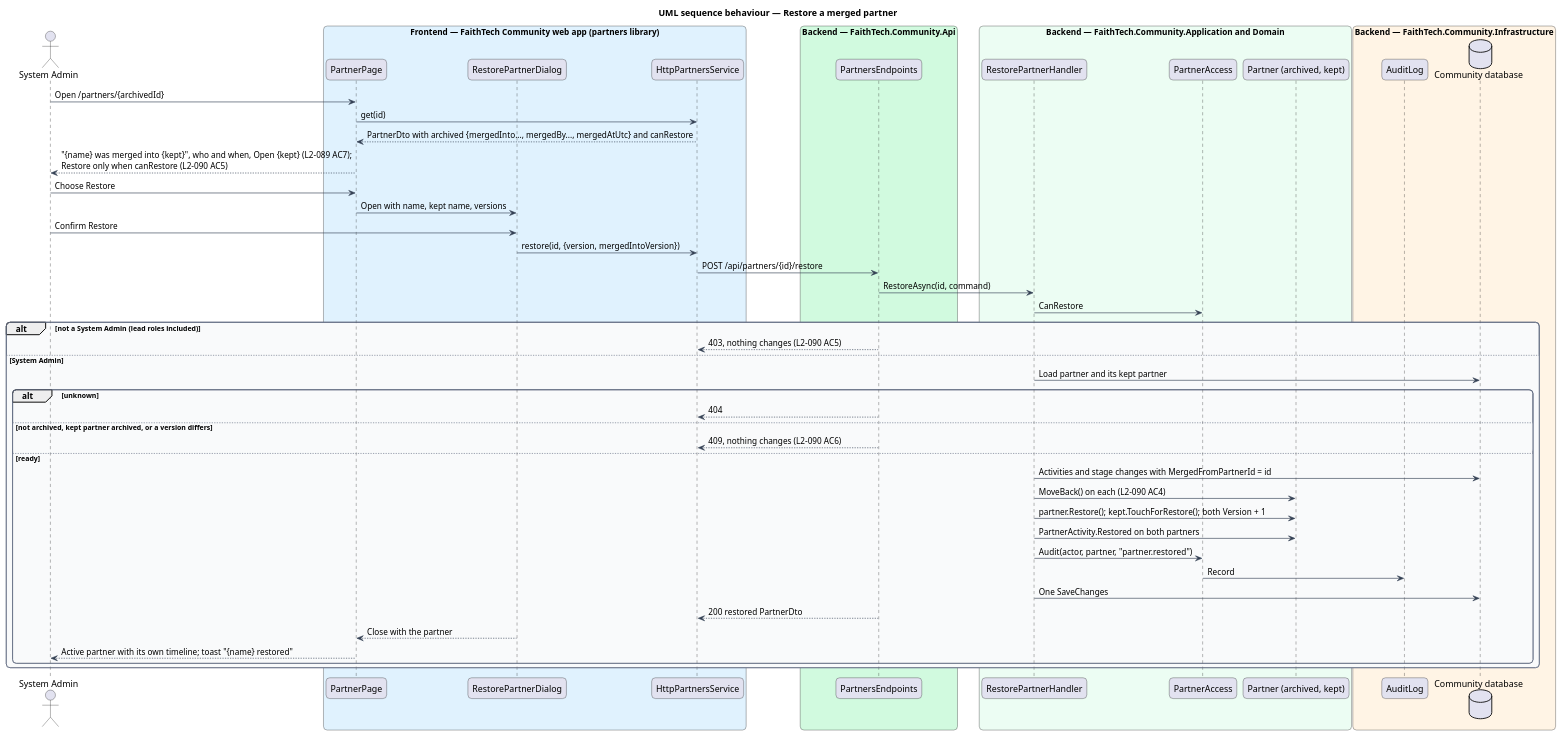
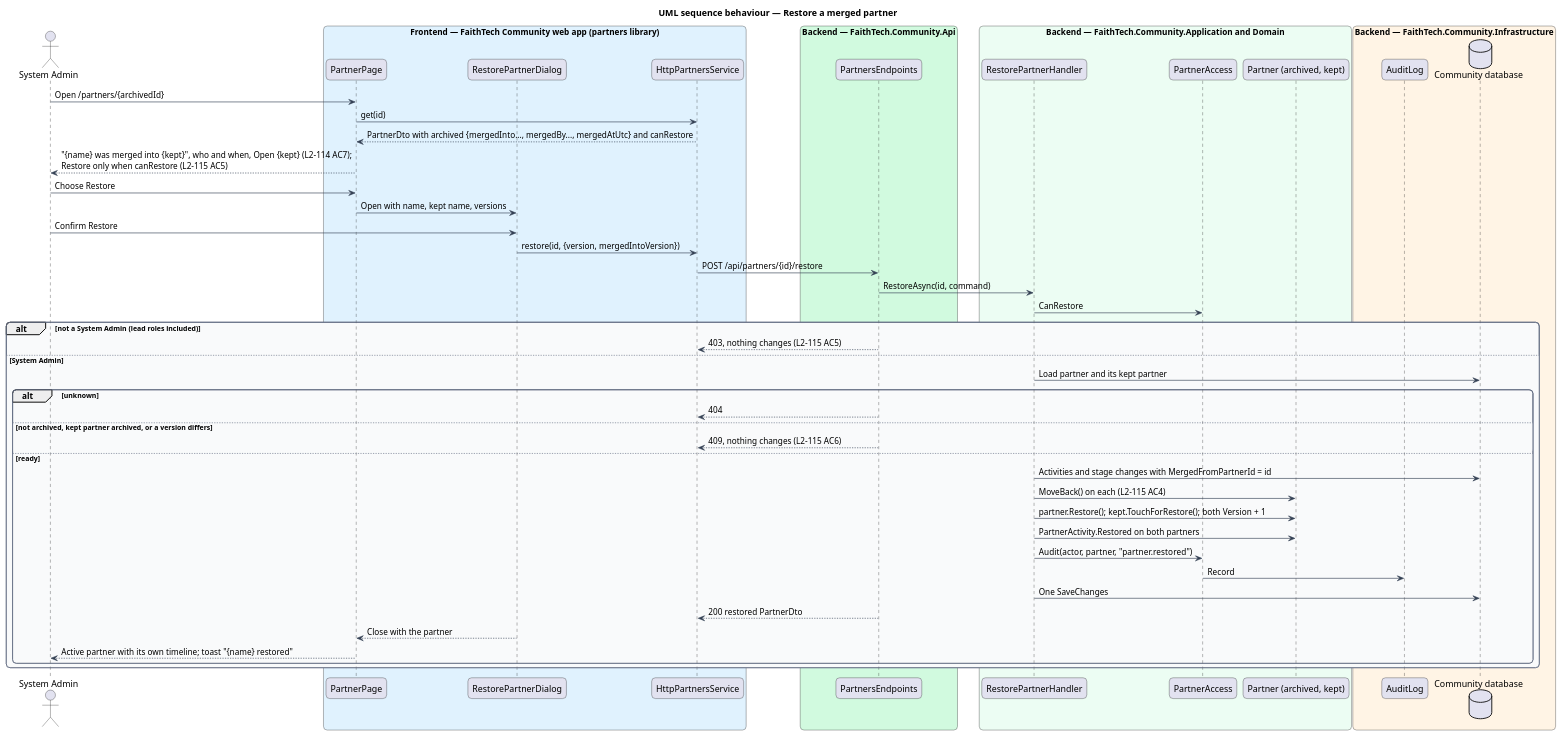
The diagram in docs/detailed-designs/partners/duplicate-detection-and-merge/diagrams/sequence-restore-partner.puml (QuinntyneBrown/faithtech-community), drawn with PlantUML before and after one commit. The commit also changed 243 other files, not shown here.

```diff
--- a/docs/detailed-designs/partners/duplicate-detection-and-merge/diagrams/sequence-restore-partner.puml
+++ b/docs/detailed-designs/partners/duplicate-detection-and-merge/diagrams/sequence-restore-partner.puml
@@ -1,67 +1,67 @@
 @startuml
 title UML sequence behaviour — Restore a merged partner
 skinparam backgroundColor #FFFFFF
 skinparam shadowing false
 skinparam roundcorner 12
 skinparam defaultFontName Arial
 skinparam ArrowColor #344054
 skinparam rectangle {
   BorderColor #344054
   FontColor #101828
 }
 skinparam package {
   BorderColor #667085
   FontColor #101828
   BackgroundColor #F9FAFB
 }
 actor "System Admin" as actor
 box "Frontend — FaithTech Community web app (partners library)" #E0F2FE
   participant "PartnerPage" as page
   participant "RestorePartnerDialog" as dlg
   participant "HttpPartnersService" as svc
 end box
 box "Backend — FaithTech.Community.Api" #D1FADF
   participant "PartnersEndpoints" as ep
 end box
 box "Backend — FaithTech.Community.Application and Domain" #ECFDF3
   participant "RestorePartnerHandler" as h
   participant "PartnerAccess" as acc
   participant "Partner (archived, kept)" as ent
 end box
 box "Backend — FaithTech.Community.Infrastructure" #FFF4E5
   participant "AuditLog" as audit
   database "Community database" as db
 end box
 actor -> page : Open /partners/{archivedId}
 page -> svc : get(id)
 svc --> page : PartnerDto with archived {mergedInto..., mergedBy..., mergedAtUtc} and canRestore
-page --> actor : "{name} was merged into {kept}", who and when, Open {kept} (L2-089 AC7);\nRestore only when canRestore (L2-090 AC5)
+page --> actor : "{name} was merged into {kept}", who and when, Open {kept} (L2-114 AC7);\nRestore only when canRestore (L2-115 AC5)
 actor -> page : Choose Restore
 page -> dlg : Open with name, kept name, versions
 actor -> dlg : Confirm Restore
 dlg -> svc : restore(id, {version, mergedIntoVersion})
 svc -> ep : POST /api/partners/{id}/restore
 ep -> h : RestoreAsync(id, command)
 h -> acc : CanRestore
 alt not a System Admin (lead roles included)
-  ep --> svc : 403, nothing changes (L2-090 AC5)
+  ep --> svc : 403, nothing changes (L2-115 AC5)
 else System Admin
   h -> db : Load partner and its kept partner
   alt unknown
     ep --> svc : 404
   else not archived, kept partner archived, or a version differs
-    ep --> svc : 409, nothing changes (L2-090 AC6)
+    ep --> svc : 409, nothing changes (L2-115 AC6)
   else ready
     h -> db : Activities and stage changes with MergedFromPartnerId = id
-    h -> ent : MoveBack() on each (L2-090 AC4)
+    h -> ent : MoveBack() on each (L2-115 AC4)
     h -> ent : partner.Restore(); kept.TouchForRestore(); both Version + 1
     h -> ent : PartnerActivity.Restored on both partners
     h -> acc : Audit(actor, partner, "partner.restored")
     acc -> audit : Record
     h -> db : One SaveChanges
     ep --> svc : 200 restored PartnerDto
     dlg --> page : Close with the partner
     page --> actor : Active partner with its own timeline; toast "{name} restored"
   end
 end
 @enduml
```
